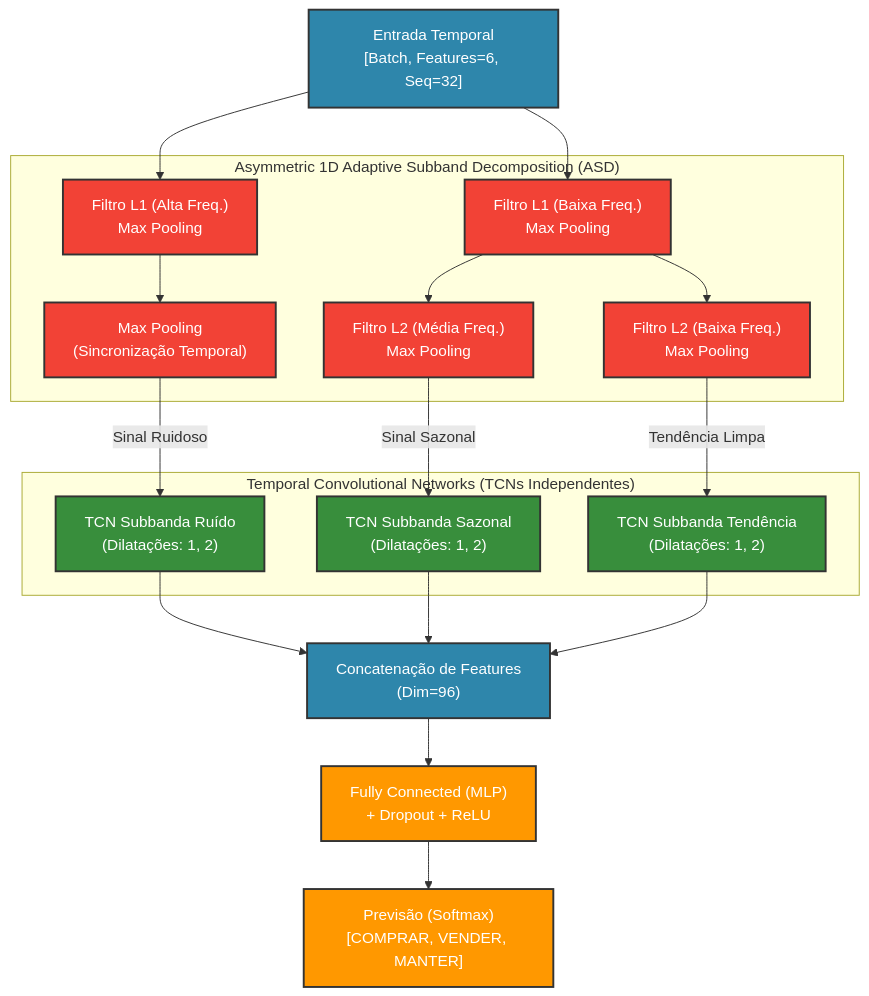
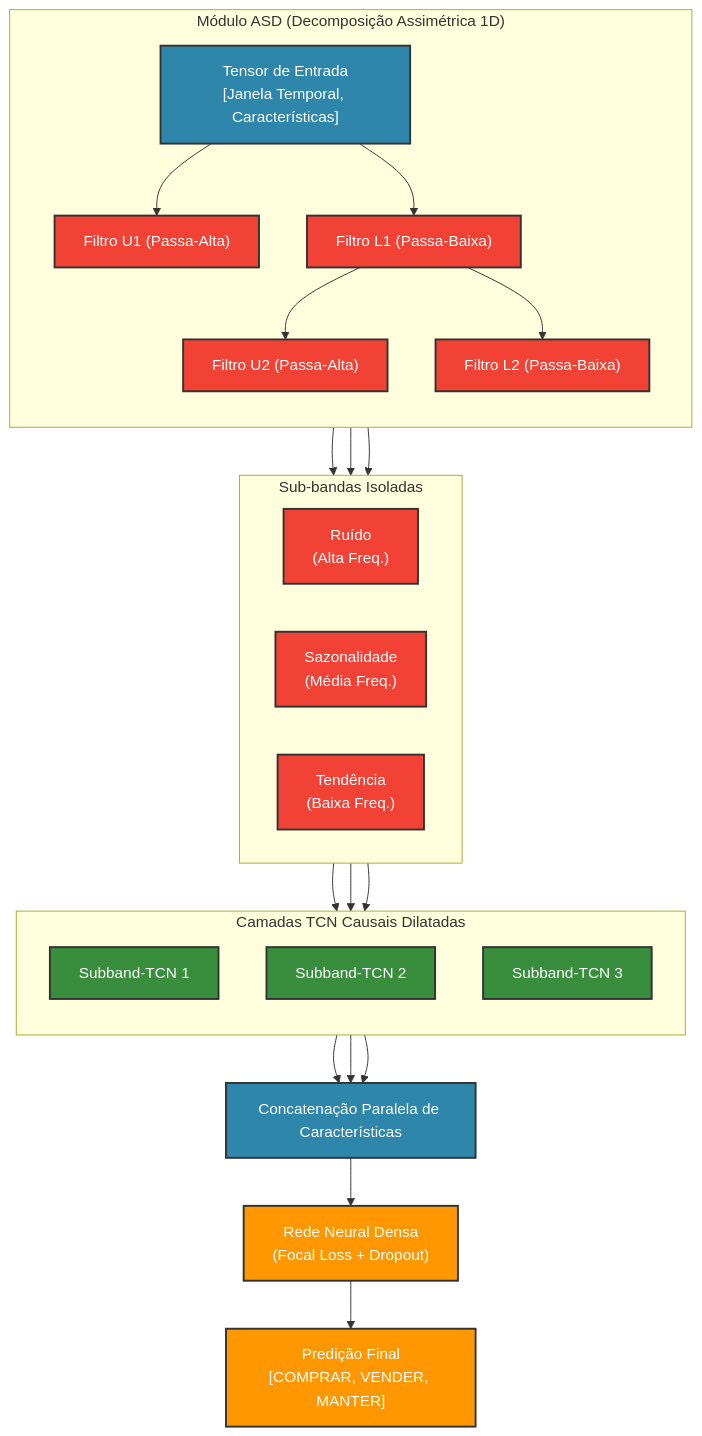
Before and after one commit to jpmsilva1/MSR_TCN: the first of 3 diagrams in README.md, drawn with Mermaid. The commit also changed other lines of this file, not shown here.

Commit message:
docs: Refatoracao completa do README (Nomes e Diagramas Top-Down e Gantt limpo)

````diff
--- a/README.md
+++ b/README.md
@@ -26,45 +39,55 @@
 ```mermaid
 graph TD
     classDef input fill:#2E86AB,stroke:#333,stroke-width:2px,color:#fff;
     classDef asd fill:#F24236,stroke:#333,stroke-width:2px,color:#fff;
     classDef tcn fill:#388E3C,stroke:#333,stroke-width:2px,color:#fff;
     classDef output fill:#FF9800,stroke:#333,stroke-width:2px,color:#fff;
 
-    X["Entrada Temporal\n[Batch, Features=6, Seq=32]"]:::input
+    Input["Tensor de Entrada\n[Janela Temporal, Características]"]:::input
 
-    subgraph "Asymmetric 1D Adaptive Subband Decomposition (ASD)"
-        L1_U["Filtro L1 (Alta Freq.)\nMax Pooling"]:::asd
-        L1_L["Filtro L1 (Baixa Freq.)\nMax Pooling"]:::asd
-        
-        L2_U["Filtro L2 (Média Freq.)\nMax Pooling"]:::asd
-        L2_L["Filtro L2 (Baixa Freq.)\nMax Pooling"]:::asd
-        
-        Sync["Max Pooling\n(Sincronização Temporal)"]:::asd
+    subgraph "Módulo ASD (Decomposição Assimétrica 1D)"
+        direction TB
+        L1_H["Filtro U1 (Passa-Alta)"]:::asd
+        L1_L["Filtro L1 (Passa-Baixa)"]:::asd
+        L2_H["Filtro U2 (Passa-Alta)"]:::asd
+        L2_L["Filtro L2 (Passa-Baixa)"]:::asd
+
+        Input --> L1_H
+        Input --> L1_L
+        L1_L --> L2_H
+        L1_L --> L2_L
     end
 
-    subgraph "Temporal Convolutional Networks (TCNs Independentes)"
-        TCN_Noise["TCN Subbanda Ruído\n(Dilatações: 1, 2)"]:::tcn
-        TCN_Season["TCN Subbanda Sazonal\n(Dilatações: 1, 2)"]:::tcn
-        TCN_Trend["TCN Subbanda Tendência\n(Dilatações: 1, 2)"]:::tcn
+    subgraph "Sub-bandas Isoladas"
+        direction LR
+        SB1["Ruído\n(Alta Freq.)"]:::asd
+        SB2["Sazonalidade\n(Média Freq.)"]:::asd
+        SB3["Tendência\n(Baixa Freq.)"]:::asd
+        
+        L1_H --> SB1
+        L2_H --> SB2
+        L2_L --> SB3
     end
 
-    Concat["Concatenação de Features\n(Dim=96)"]:::input
-    FC["Fully Connected (MLP)\n+ Dropout + ReLU"]:::output
-    Out["Previsão (Softmax)\n[COMPRAR, VENDER, MANTER]"]:::output
+    subgraph "Camadas TCN Causais Dilatadas"
+        direction TB
+        TCN1["Subband-TCN 1"]:::tcn
+        TCN2["Subband-TCN 2"]:::tcn
+        TCN3["Subband-TCN 3"]:::tcn
 
-    X --> L1_U
-    X --> L1_L
-    L1_L --> L2_U
-    L1_L --> L2_L
-    L1_U --> Sync
+        SB1 --> TCN1
+        SB2 --> TCN2
+        SB3 --> TCN3
+    end
 
-    Sync -->|Sinal Ruidoso| TCN_Noise
-    L2_U -->|Sinal Sazonal| TCN_Season
-    L2_L -->|Tendência Limpa| TCN_Trend
+    Concat["Concatenação Paralela de Características"]:::input
+    TCN1 --> Concat
+    TCN2 --> Concat
+    TCN3 --> Concat
 
-    TCN_Noise --> Concat
-    TCN_Season --> Concat
-    TCN_Trend --> Concat
+    FC["Rede Neural Densa\n(Focal Loss + Dropout)"]:::output
+    Concat --> FC
 
-    Concat --> FC --> Out
+    Out["Predição Final\n[COMPRAR, VENDER, MANTER]"]:::output
+    FC --> Out
 ```
````
